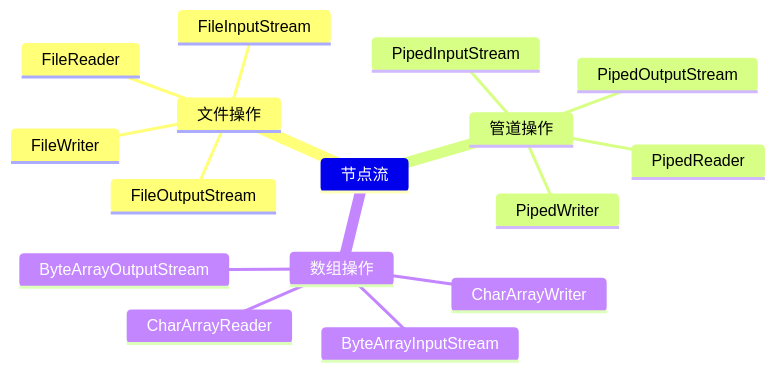
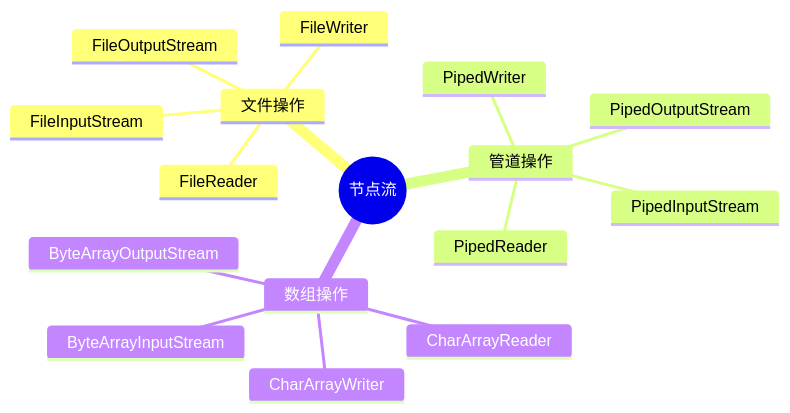
The second of 3 diagrams in doc/编程语言/JAVA/高级/IO.md (0xcaffebabe/note), drawn with Mermaid before and after one commit. The commit also changed other lines of this file and 12 other files, not shown here.

First line of the commit message:
docs(mindmap): 统一思维导图根节点格式

````diff
--- a/doc/编程语言/JAVA/高级/IO.md
+++ b/doc/编程语言/JAVA/高级/IO.md
@@ -36,19 +36,19 @@
 ```mermaid
 mindmap
-    节点流
+    root((节点流))
         文件操作
             FileInputStream
             FileOutputStream
             FileReader
             FileWriter
         管道操作
             PipedInputStream
             PipedOutputStream
             PipedReader
             PipedWriter
         数组操作
             ByteArrayInputStream
             ByteArrayOutputStream
             CharArrayReader
             CharArrayWriter
 ```
````
